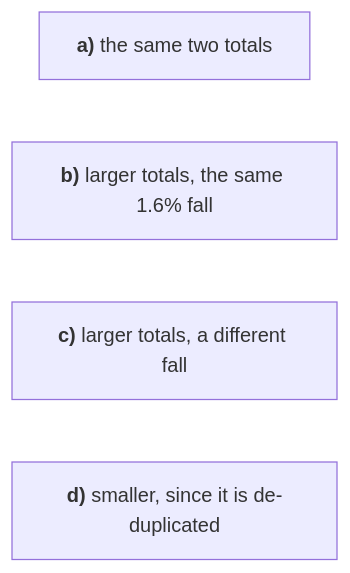
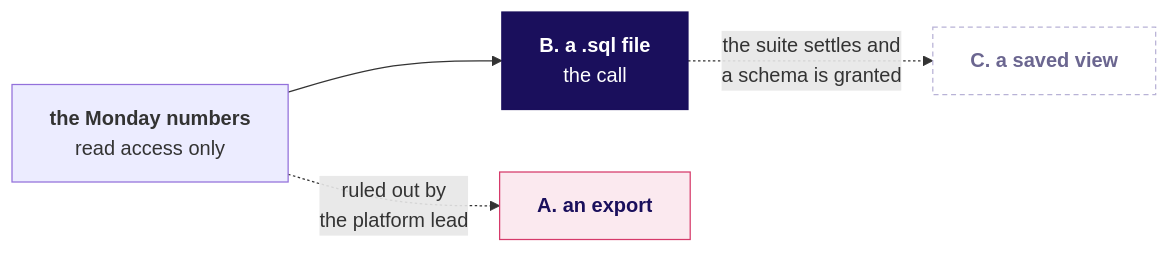
One commit to fde-academy-lab/c2-content-factory changed the fourth of 22 diagrams in content/W02/D1/slides/C2_W02_D01_half1_STUDENT.md. Above: the diagram before and after it, drawn with Mermaid. The commit also changed other lines of this file and 3 other files, not shown here.

````diff
--- a/content/W02/D1/slides/C2_W02_D01_half1_STUDENT.md
+++ b/content/W02/D1/slides/C2_W02_D01_half1_STUDENT.md
@@ -256,7 +287,12 @@
 ```mermaid
 flowchart LR
-    A["<b>a)</b> the same two totals"]
-    B["<b>b)</b> larger totals, the same 1.6% fall"]
-    C["<b>c)</b> larger totals, a different fall"]
-    D["<b>d)</b> smaller, since it is de-duplicated"]
+    Q["<b>the Monday numbers</b><br/>read access only"] --> B["<b>B. a .sql file</b><br/>the call"]
+    B -.->|"the suite settles and<br/>a schema is granted"| C["<b>C. a saved view</b>"]
+    Q -.->|"ruled out by<br/>the platform lead"| A["<b>A. an export</b>"]
+    classDef unknown fill:#FFFFFF,stroke:#B8B2D6,color:#6B6690,stroke-dasharray:4 3
+    classDef bad fill:#FBE9EF,stroke:#D63A6A,color:#1A0F5C
+    classDef bet fill:#1A0F5C,stroke:#1A0F5C,color:#FFFFFF
+    class B bet
+    class C unknown
+    class A bad
 ```
````
